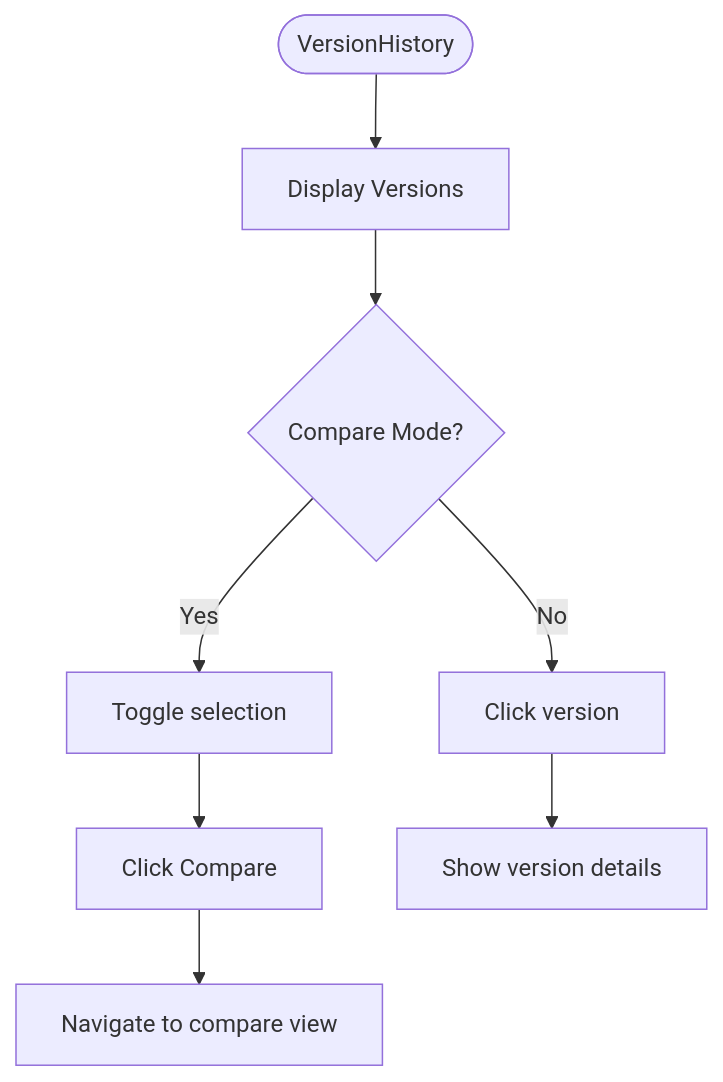
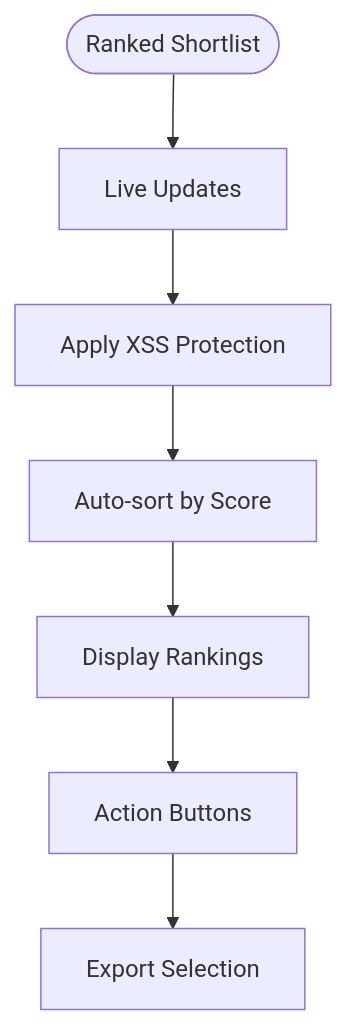
Before and after one commit to Revanththetalogics/aireume: the seventh of 24 diagrams in .qoder/repowiki/en/content/Frontend Architecture/Frontend Architecture.md, drawn with Mermaid. The commit also changed other lines of this file and 61 other files, not shown here.

````diff
--- a/.qoder/repowiki/en/content/Frontend Architecture/Frontend Architecture.md
+++ b/.qoder/repowiki/en/content/Frontend Architecture/Frontend Architecture.md
@@ -413,10 +458,9 @@
 ```mermaid
 flowchart TD
-Start(["VersionHistory"]) --> List["Display Versions"]
-List --> Compare{"Compare Mode?"}
-Compare --> |No| Select["Click version"]
-Compare --> |Yes| Toggle["Toggle selection"]
-Toggle --> CompareBtn["Click Compare"]
-CompareBtn --> Navigate["Navigate to compare view"]
-Select --> Details["Show version details"]
+Start(["Ranked Shortlist"]) --> Live["Live Updates"]
+Live --> SEC["Apply XSS Protection"]
+SEC --> Sort["Auto-sort by Score"]
+Sort --> Rank["Display Rankings"]
+Rank --> Actions["Action Buttons"]
+Actions --> Export["Export Selection"]
 ```
````
